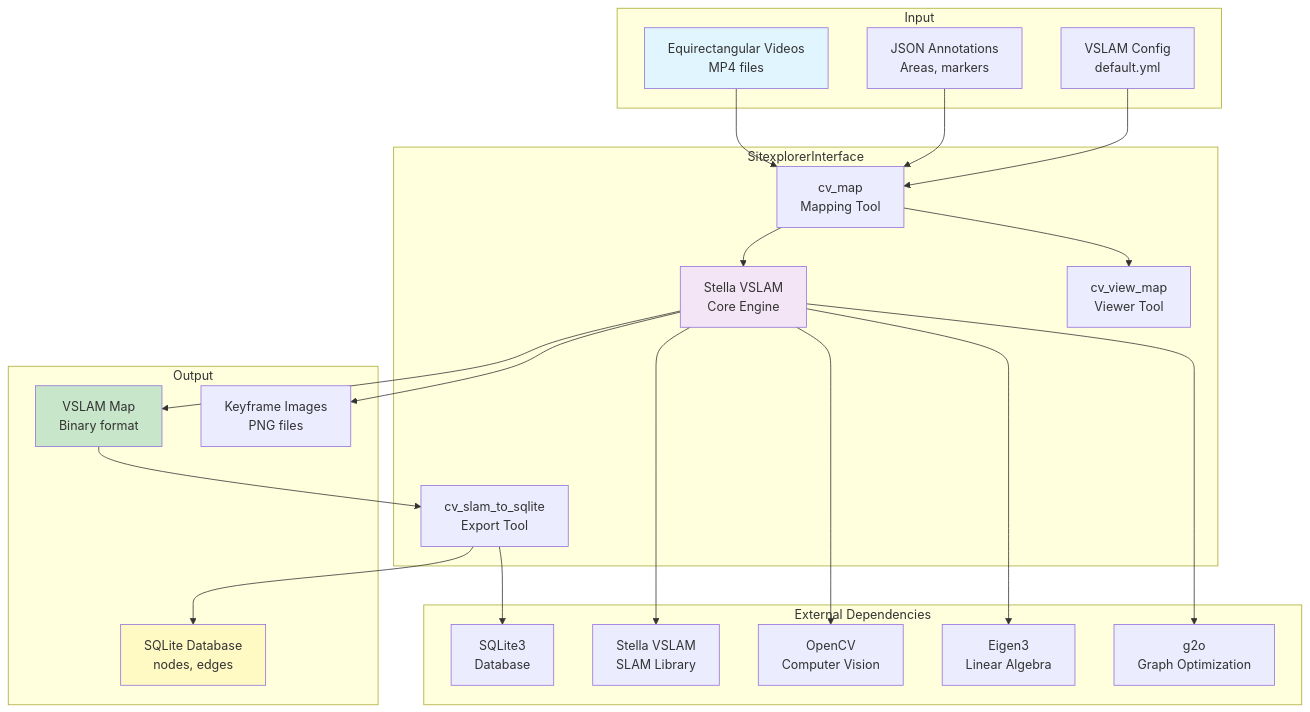
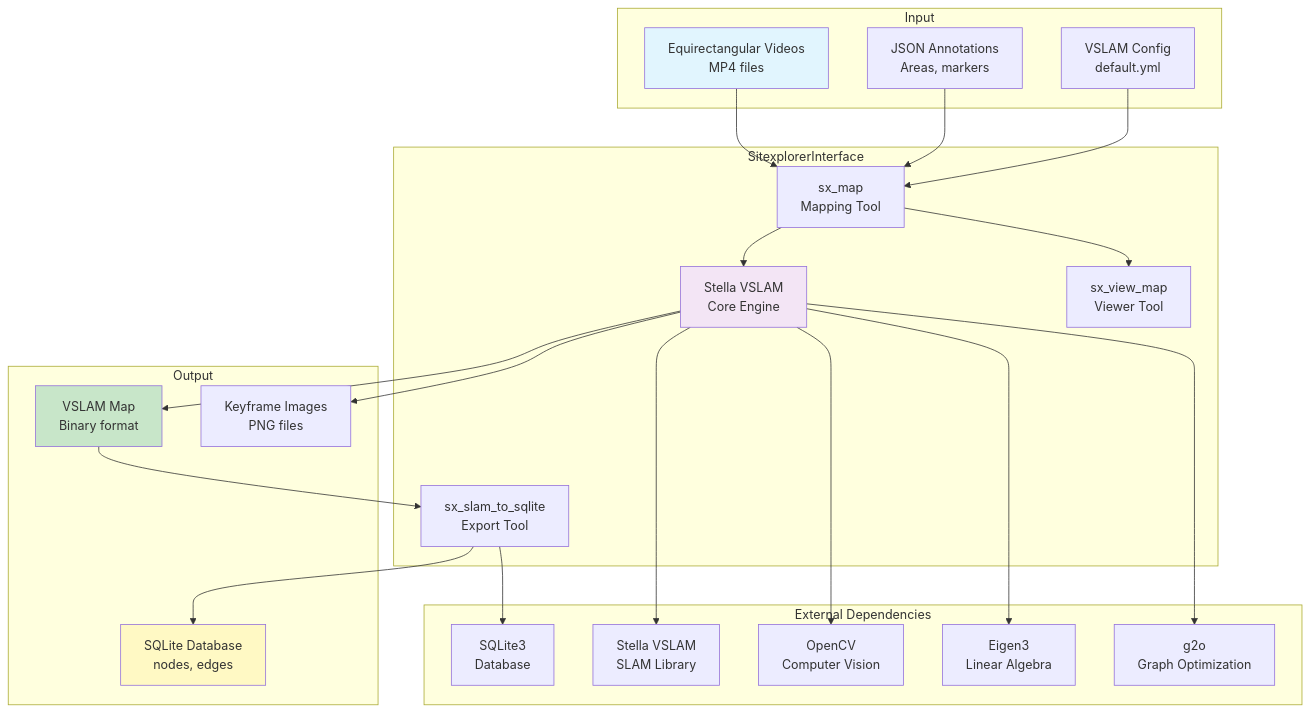
The diagram in Apps/SLAM/SitexplorerInterface/README.md (Skwangles/AT-bus-tracker), drawn with Mermaid before and after one commit. The commit also changed other lines of this file and 44 other files, not shown here.

````diff
--- a/Apps/SLAM/SitexplorerInterface/README.md
+++ b/Apps/SLAM/SitexplorerInterface/README.md
@@ -61,49 +61,49 @@
 ```mermaid
 graph TB
     subgraph "Input"
         A[Equirectangular Videos<br/>MP4 files]
         B[JSON Annotations<br/>Areas, markers]
         C[VSLAM Config<br/>default.yml]
     end
     
     subgraph "SitexplorerInterface"
-        D[cv_map<br/>Mapping Tool]
-        E[cv_view_map<br/>Viewer Tool]
-        F[cv_slam_to_sqlite<br/>Export Tool]
+        D[sx_map<br/>Mapping Tool]
+        E[sx_view_map<br/>Viewer Tool]
+        F[sx_slam_to_sqlite<br/>Export Tool]
         G[Stella VSLAM<br/>Core Engine]
     end
     
     subgraph "Output"
         H[VSLAM Map<br/>Binary format]
         I[Keyframe Images<br/>PNG files]
         J[SQLite Database<br/>nodes, edges]
     end
     
     subgraph "External Dependencies"
         K[Stella VSLAM<br/>SLAM Library]
         L[OpenCV<br/>Computer Vision]
         M[Eigen3<br/>Linear Algebra]
         N[g2o<br/>Graph Optimization]
         O[SQLite3<br/>Database]
     end
     
     A --> D
     B --> D
     C --> D
     D --> G
     G --> H
     G --> I
     H --> F
     F --> J
     D --> E
     G --> K
     G --> L
     G --> M
     G --> N
     F --> O
     
     style A fill:#e1f5fe
     style G fill:#f3e5f5
     style H fill:#c8e6c9
     style J fill:#fff9c4
 ```
````
